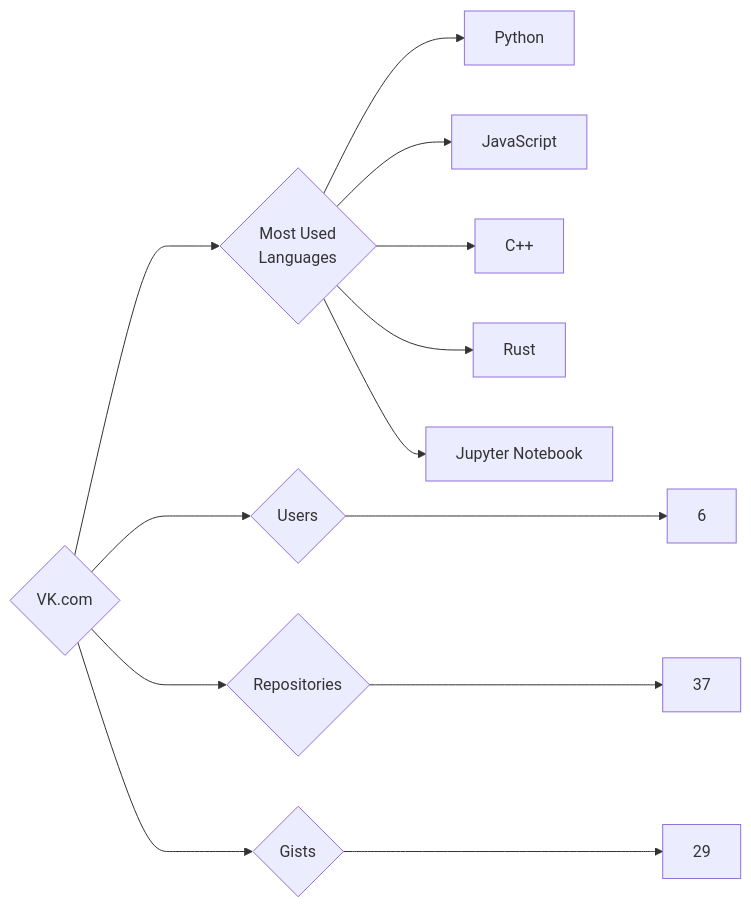
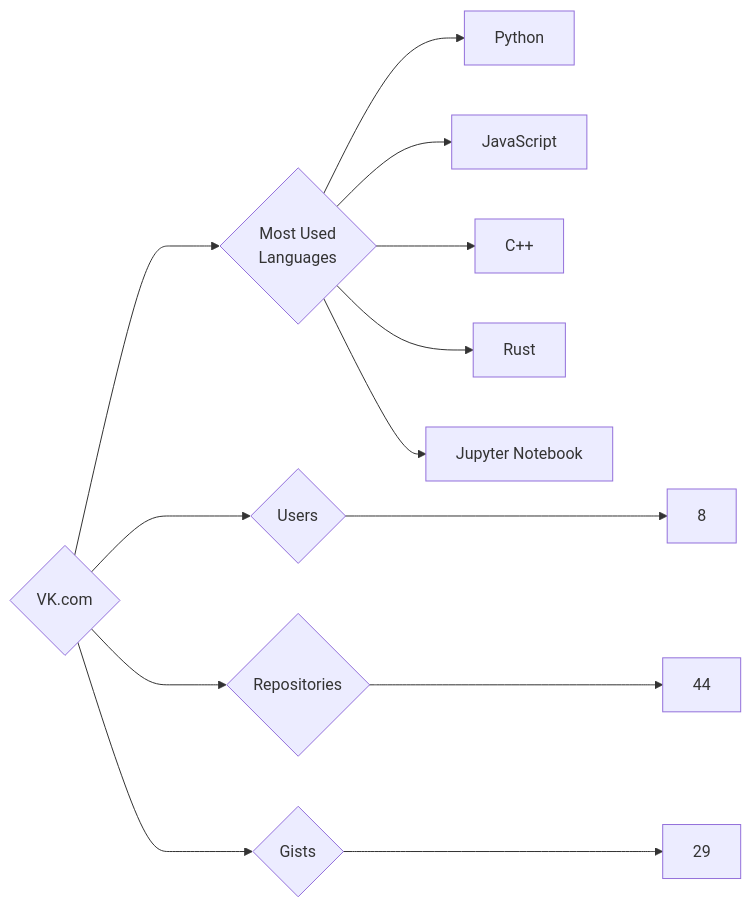
The diagram in targets/VK.com/README.md (trickest/insiders), drawn with Mermaid before and after one commit. The commit also changed 898 other files, not shown here.

````diff
--- a/targets/VK.com/README.md
+++ b/targets/VK.com/README.md
@@ -3,13 +3,13 @@
 ```mermaid
 graph LR
 COMPANY_NAME{VK.com}
-COMPANY_NAME ---> U{Users} ---> UN[6]
-COMPANY_NAME ---> R{Repositories} ---> RN[37]
+COMPANY_NAME ---> U{Users} ---> UN[8]
+COMPANY_NAME ---> R{Repositories} ---> RN[44]
 COMPANY_NAME ---> G{Gists} ---> GN[29]
 COMPANY_NAME ---> ML{Most Used<br>Languages}
 ML --> Python[Python]
 ML --> JavaScript[JavaScript]
 ML --> C++[C++]
 ML --> Rust[Rust]
 ML --> Jupyter_Notebook[Jupyter Notebook]
 ```
````
